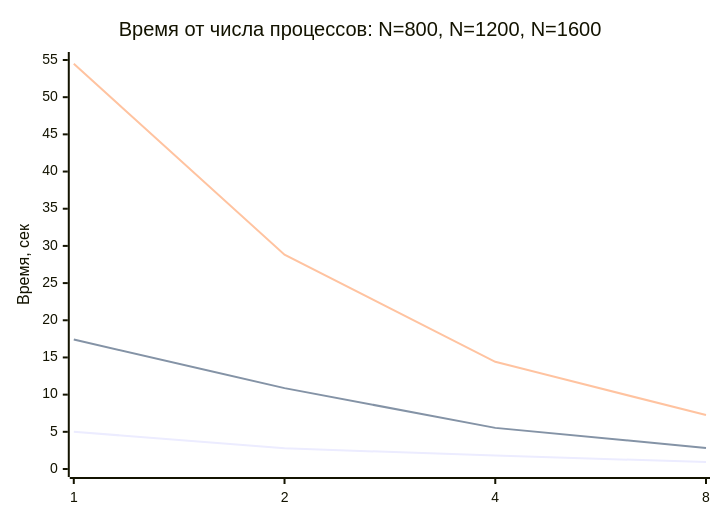
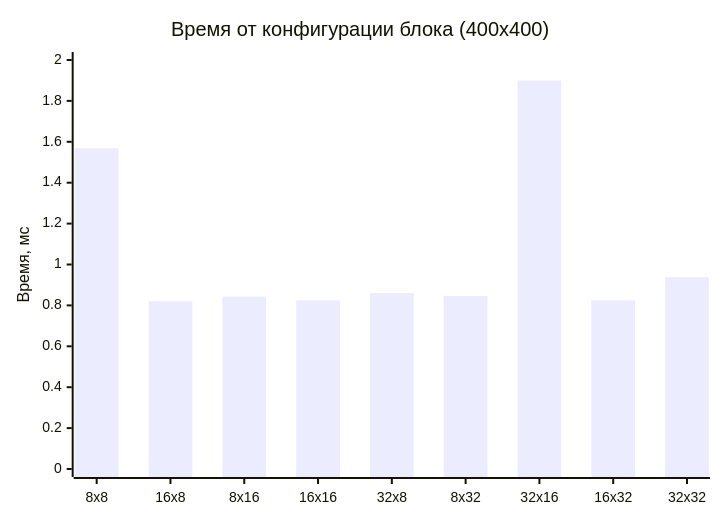
One commit to sanek4338/Parallelnoe_Programming changed the second of 7 diagrams in README.md. Above: the diagram before and after it, drawn with Mermaid. The commit also changed other lines of this file and 3 other files, not shown here.

````diff
--- a/README.md
+++ b/README.md
@@ -87,9 +157,7 @@
 ```mermaid
 xychart-beta
-    title "Время от числа процессов: N=800, N=1200, N=1600"
-    x-axis [1, 2, 4, 8]
-    y-axis "Время, сек" 0 --> 55
-    line "N=800" [5.0087800, 2.7868800, 1.8029200, 0.9304190]
-    line "N=1200" [17.4047000, 10.8762000, 5.5301200, 2.8259900]
-    line "N=1600" [54.4905000, 28.8189000, 14.4186000, 7.2509100]
+    title "Время от конфигурации блока (400x400)"
+    x-axis ["8x8", "16x8", "8x16", "16x16", "32x8", "8x32", "32x16", "16x32", "32x32"]
+    y-axis "Время, мс" 0 --> 2.0
+    bar [1.568770, 0.820416, 0.843232, 0.824576, 0.860544, 0.845824, 1.899810, 0.824960, 0.937984]
 ```
````
